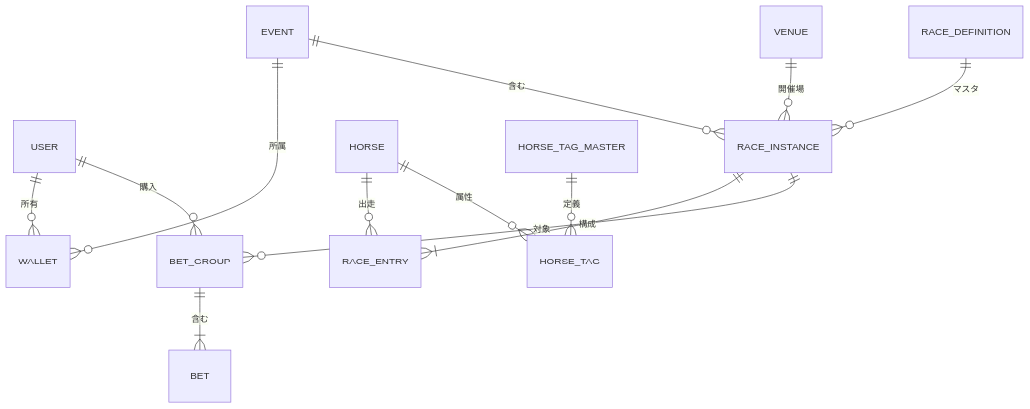
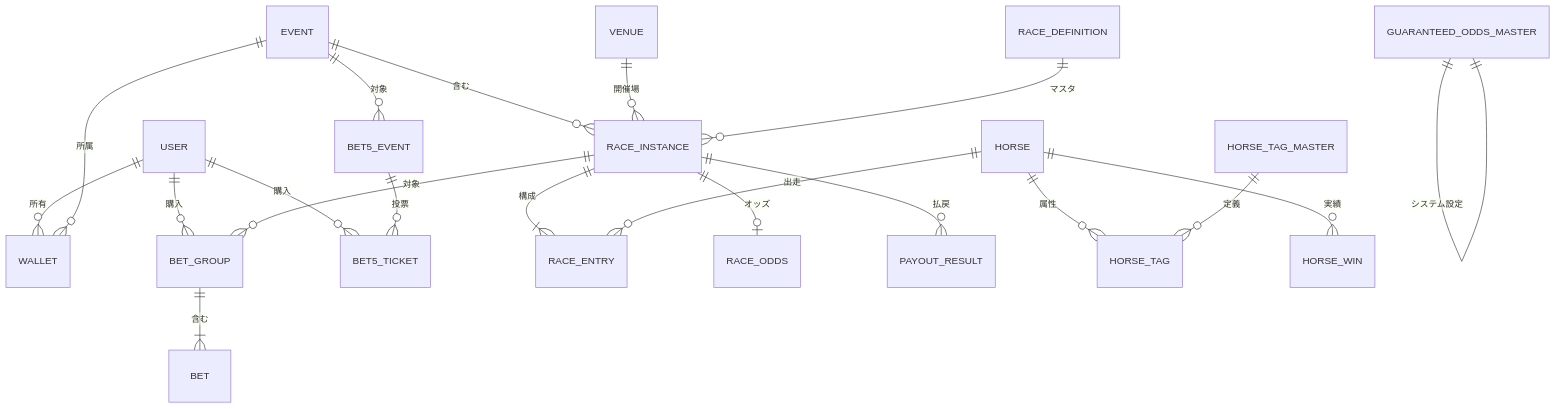
One commit to qwq-net/paper-tipster-web changed the diagram in docs/DATABASE_DESIGN.md. Above: the diagram before and after it, drawn with Mermaid. The commit also changed other lines of this file and 25 other files, not shown here.

````diff
--- a/docs/DATABASE_DESIGN.md
+++ b/docs/DATABASE_DESIGN.md
@@ -246,15 +329,22 @@
 ```mermaid
 erDiagram
     USER ||--o{ WALLET : "所有"
+    USER ||--o{ BET_GROUP : "購入"
+    USER ||--o{ BET5_TICKET : "購入"
     EVENT ||--o{ WALLET : "所属"
     EVENT ||--o{ RACE_INSTANCE : "含む"
+    EVENT ||--o{ BET5_EVENT : "対象"
     VENUE ||--o{ RACE_INSTANCE : "開催場"
     RACE_DEFINITION ||--o{ RACE_INSTANCE : "マスタ"
     RACE_INSTANCE ||--|{ RACE_ENTRY : "構成"
+    RACE_INSTANCE ||--o| RACE_ODDS : "オッズ"
+    RACE_INSTANCE ||--o{ PAYOUT_RESULT : "払戻"
+    RACE_INSTANCE ||--o{ BET_GROUP : "対象"
     HORSE ||--o{ RACE_ENTRY : "出走"
     HORSE ||--o{ HORSE_TAG : "属性"
+    HORSE ||--o{ HORSE_WIN : "実績"
     HORSE_TAG_MASTER ||--o{ HORSE_TAG : "定義"
-    USER ||--o{ BET_GROUP : "購入"
-    RACE_INSTANCE ||--o{ BET_GROUP : "対象"
     BET_GROUP ||--|{ BET : "含む"
+    BET5_EVENT ||--o{ BET5_TICKET : "投票"
+    GUARANTEED_ODDS_MASTER ||--|| GUARANTEED_ODDS_MASTER : "システム設定"
 ```
````
